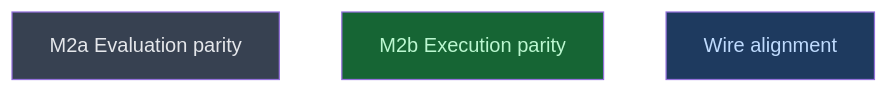
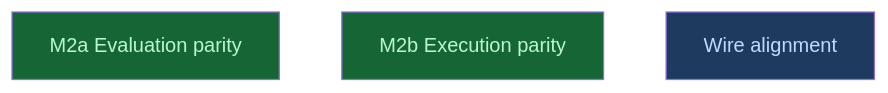
The diagram in __roadmap__/candler-v1/contracts/parity/README.md (CrackingShells/Candler), drawn with Mermaid before and after one commit. The commit also changed other lines of this file, not shown here.

Commit message:
rdm(evaluation): mark m2a evaluation parity done
PR #6 merged as 656be71.

````diff
--- a/__roadmap__/candler-v1/contracts/parity/README.md
+++ b/__roadmap__/candler-v1/contracts/parity/README.md
@@ -17,11 +17,11 @@
 ```mermaid
 graph TD
-    m2a_evaluation_parity[M2a Evaluation parity]:::planned
+    m2a_evaluation_parity[M2a Evaluation parity]:::done
     m2b_execution_parity[M2b Execution parity]:::done
     alignment[Wire alignment]:::amendment
     classDef done       fill:#166534,color:#bbf7d0
     classDef inprogress fill:#854d0e,color:#fef08a
     classDef planned    fill:#374151,color:#e5e7eb
     classDef amendment  fill:#1e3a5f,color:#bfdbfe
     classDef blocked    fill:#7f1d1d,color:#fecaca
 ```
````
